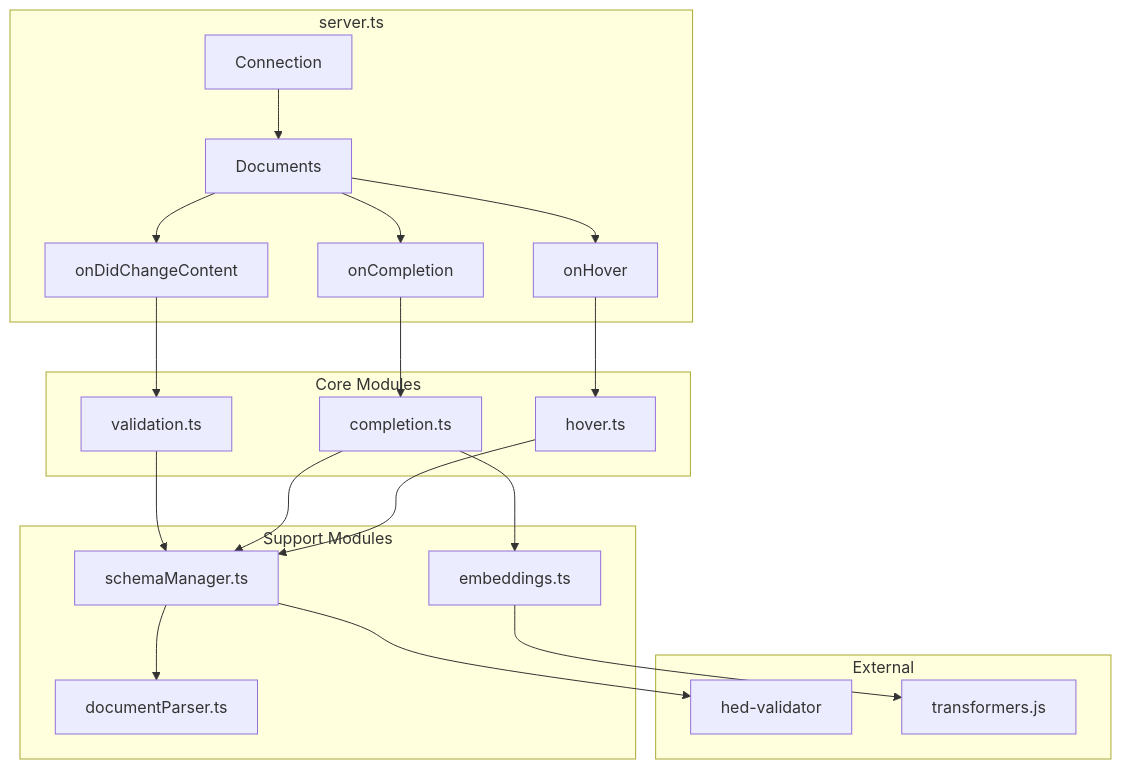
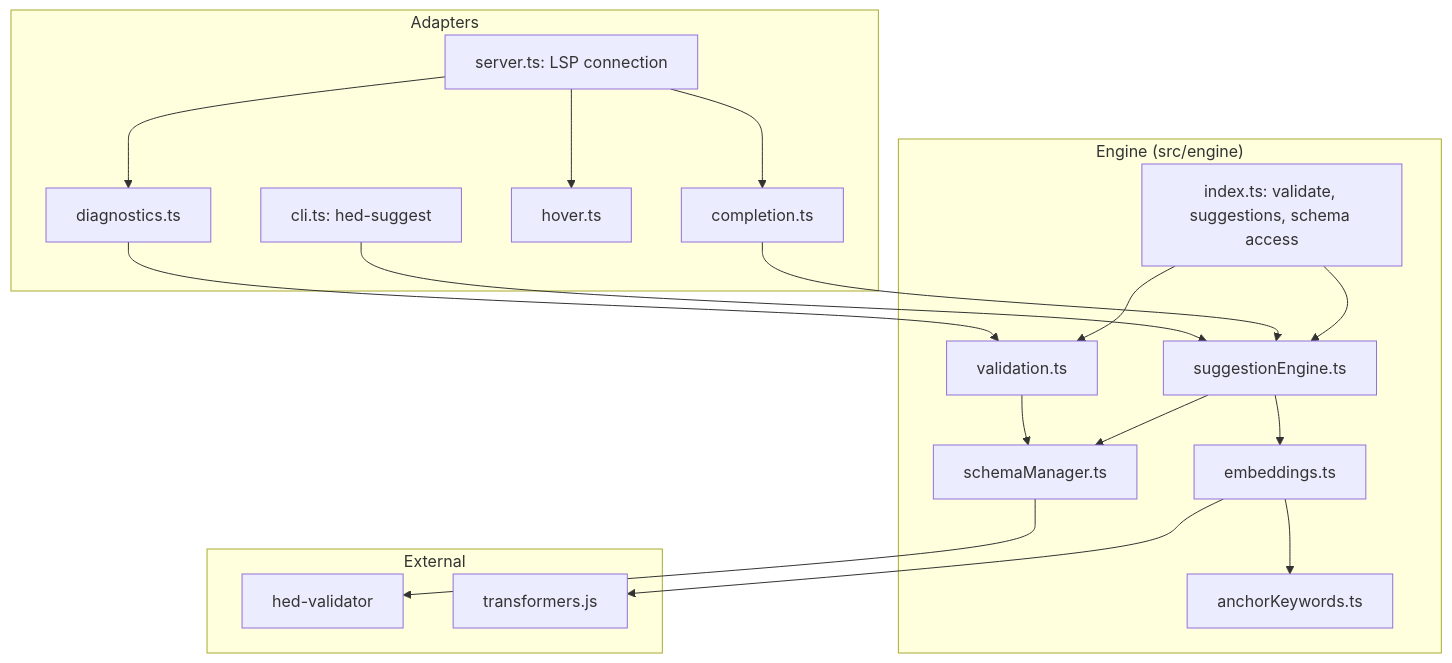
The third of 6 diagrams in docs/architecture.md (hed-standard/hed-lsp), drawn with Mermaid before and after one commit. The commit also changed other lines of this file and 2 other files, not shown here.

Commit message:
docs: describe the engine and its adapters
Describe the engine (pure, with a facade and a boundary test) and the adapters in the architecture diagram and file tree, the README layout, and the changelog. Note that engine logs go to stderr by default and that the language server forwards them to the client.

````diff
--- a/docs/architecture.md
+++ b/docs/architecture.md
@@ -61,29 +63,28 @@
 ```mermaid
 graph TB
-    subgraph "server.ts"
-        A[Connection] --> B[Documents]
-        B --> C[onDidChangeContent]
-        B --> D[onCompletion]
-        B --> E[onHover]
+    subgraph "Adapters"
+        A[server.ts: LSP connection] --> B[diagnostics.ts]
+        A --> C[completion.ts]
+        A --> D[hover.ts]
+        E[cli.ts: hed-suggest]
     end
 
-    subgraph "Core Modules"
-        C --> F[validation.ts]
-        D --> G[completion.ts]
-        E --> H[hover.ts]
-    end
-
-    subgraph "Support Modules"
-        F --> I[schemaManager.ts]
-        G --> I
-        G --> J[embeddings.ts]
-        H --> I
-
-        I --> K[documentParser.ts]
+    subgraph "Engine (src/engine)"
+        F[index.ts: validate, suggestions, schema access]
+        F --> G[validation.ts]
+        F --> H[suggestionEngine.ts]
+        H --> I[embeddings.ts]
+        H --> J[schemaManager.ts]
+        G --> J
+        I --> K[anchorKeywords.ts]
     end
 
     subgraph "External"
-        I --> L[hed-validator]
-        J --> M[transformers.js]
+        J --> L[hed-validator]
+        I --> M[transformers.js]
     end
+
+    B --> G
+    C --> H
+    E --> H
 ```
````
